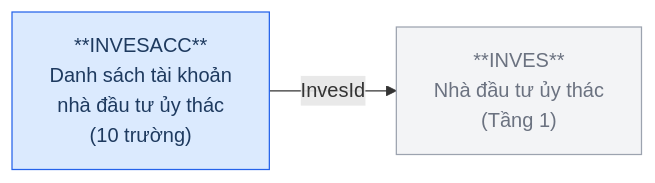
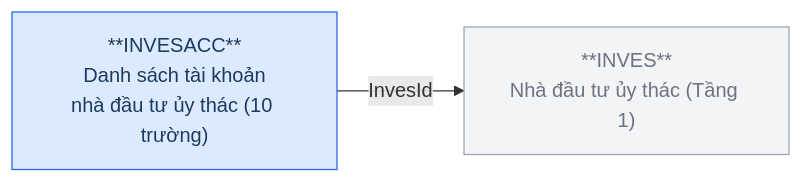
The ninth of 16 diagrams in Silver/hld/FMS_HLD_Tier2.md (linhlvit/ubck_atomic_design), drawn with Mermaid before and after one commit. The commit also changed other lines of this file and 1 other file, not shown here.

````diff
--- a/Silver/hld/FMS_HLD_Tier2.md
+++ b/Silver/hld/FMS_HLD_Tier2.md
@@ -236,10 +226,10 @@
 ```mermaid
 graph LR
     classDef src fill:#dbeafe,stroke:#2563eb,color:#1e3a5f
     classDef ref fill:#f3f4f6,stroke:#9ca3af,color:#6b7280
 
-    INVES["**INVES**\nNhà đầu tư ủy thác\n(Tầng 1)"]:::ref
-    INVESACC["**INVESACC**\nDanh sách tài khoản\nnhà đầu tư ủy thác\n(10 trường)"]:::src
+    INVES["**INVES**\nNhà đầu tư ủy thác (Tầng 1)"]:::ref
+    INVESACC["**INVESACC**\nDanh sách tài khoản\nnhà đầu tư ủy thác (10 trường)"]:::src
 
     INVESACC -->|InvesId| INVES
 ```
````
